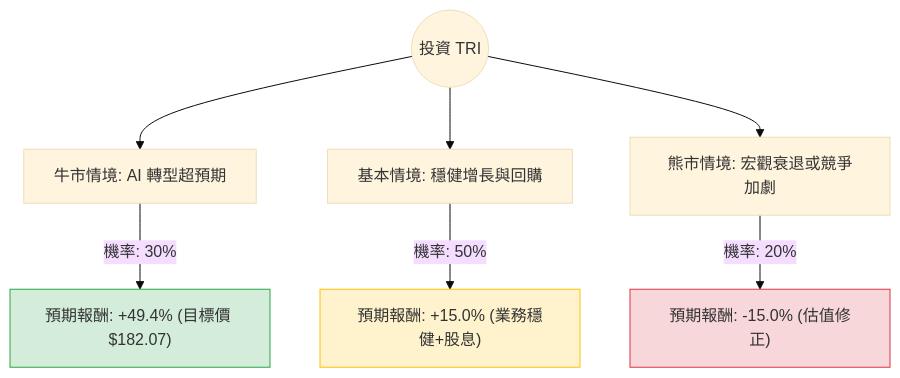
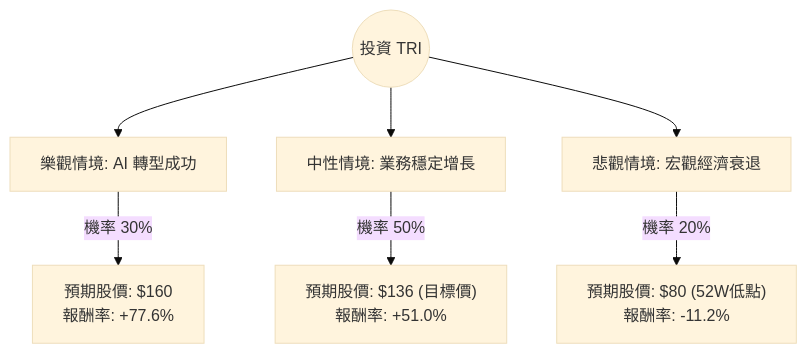
One commit to zmcx16/zmcx16.github.io changed the diagram in plugin-react/ai-analysis/ev-analysis/TRI.md. Above: the diagram before and after it, drawn with Mermaid (base theme). The commit also changed other lines of this file and 85 other files, not shown here.

````diff
--- a/plugin-react/ai-analysis/ev-analysis/TRI.md
+++ b/plugin-react/ai-analysis/ev-analysis/TRI.md
@@ -19,14 +21,10 @@
 ```mermaid
 graph TD
-    Start((投資 TRI)) --> Bull[牛市情境: AI 轉型超預期]
-    Start --> Base[基本情境: 穩健增長與回購]
-    Start --> Bear[熊市情境: 宏觀衰退或競爭加劇]
+    Start((投資 TRI)) --> Bull[樂觀情境: AI 轉型成功]
+    Start --> Base[中性情境: 業務穩定增長]
+    Start --> Bear[悲觀情境: 宏觀經濟衰退]
 
-    Bull -- "機率: 30%" --> BullResult["預期報酬: +49.4% (目標價 $182.07)"]
-    Base -- "機率: 50%" --> BaseResult["預期報酬: +15.0% (業務穩健+股息)"]
-    Bear -- "機率: 20%" --> BearResult["預期報酬: -15.0% (估值修正)"]
-
-    style BullResult fill:#d4edda,stroke:#28a745
-    style BaseResult fill:#fff3cd,stroke:#ffc107
-    style BearResult fill:#f8d7da,stroke:#dc3545
+    Bull -- "機率 30%" --> Bull_Val["預期股價: $160 <br> 報酬率: +77.6%"]
+    Base -- "機率 50%" --> Base_Val["預期股價: $136 (目標價) <br> 報酬率: +51.0%"]
+    Bear -- "機率 20%" --> Bear_Val["預期股價: $80 (52W低點) <br> 報酬率: -11.2%"]
 ```
````
